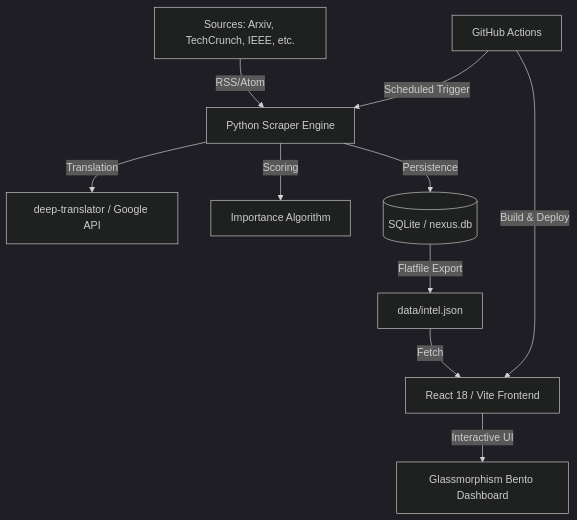
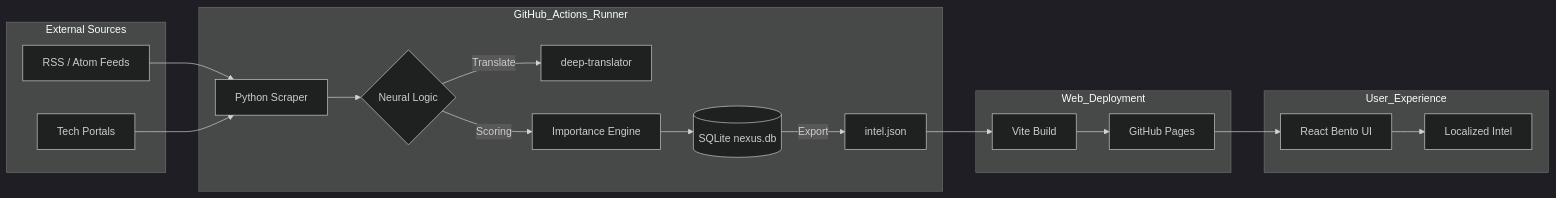
The diagram in README.md (WaRara-men/nexus-intel), drawn with Mermaid (dark theme) before and after one commit. The commit also changed other lines of this file, not shown here.

Commit message:
docs: Elevate README to world-class with architectural diagrams and bilingual support

````diff
--- a/README.md
+++ b/README.md
@@ -23,12 +44,27 @@
 ```mermaid
-graph TD
-    A[Sources: Arxiv, TechCrunch, IEEE, etc.] -->|RSS/Atom| B[Python Scraper Engine]
-    B -->|Translation| C[deep-translator / Google API]
-    B -->|Scoring| D[Importance Algorithm]
-    B -->|Persistence| E[(SQLite / nexus.db)]
-    E -->|Flatfile Export| F[data/intel.json]
-    F -->|Fetch| G[React 18 / Vite Frontend]
-    G -->|Interactive UI| H[Glassmorphism Bento Dashboard]
-    I[GitHub Actions] -->|Scheduled Trigger| B
-    I -->|Build & Deploy| G
+graph LR
+    subgraph External Sources
+        RSS[RSS / Atom Feeds]
+        News[Tech Portals]
+    end
+
+    subgraph GitHub_Actions_Runner
+        A[Python Scraper] --> B{Neural Logic}
+        B -->|Translate| C[deep-translator]
+        B -->|Scoring| D[Importance Engine]
+        D --> E[(SQLite nexus.db)]
+        E -->|Export| F[intel.json]
+    end
+
+    subgraph Web_Deployment
+        F --> G[Vite Build]
+        G --> H[GitHub Pages]
+    end
+
+    subgraph User_Experience
+        H --> I[React Bento UI]
+        I --> J[Localized Intel]
+    end
+
+    RSS & News --> A
 ```
````
